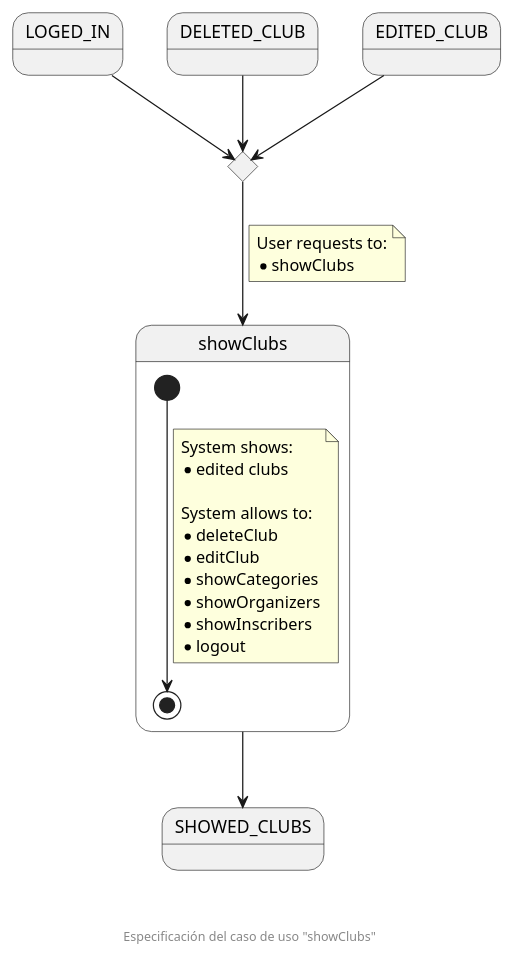
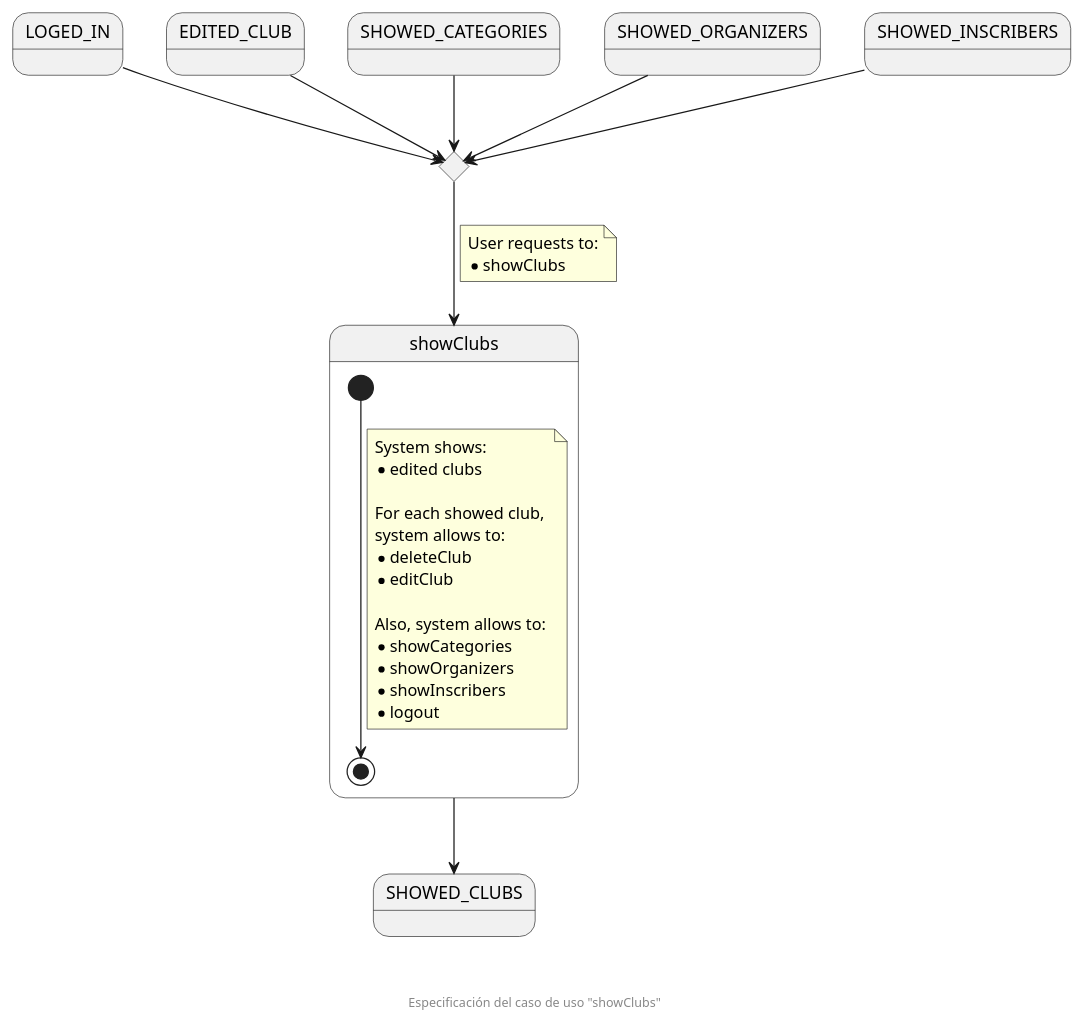
The diagram in documentation/diagrams/useCasesSpecification/organizationSecretary/04_showClubs.puml (zuldare/mastercloud_pfm_halterocms), drawn with PlantUML before and after one commit.

Commit message:
Fix showClubs use case specification

```diff
--- a/documentation/diagrams/useCasesSpecification/organizationSecretary/04_showClubs.puml
+++ b/documentation/diagrams/useCasesSpecification/organizationSecretary/04_showClubs.puml
@@ -1,36 +1,44 @@
 @startuml
 state LOGED_IN
-state DELETED_CLUB
 state EDITED_CLUB
+state SHOWED_CATEGORIES
+state SHOWED_ORGANIZERS
+state SHOWED_INSCRIBERS
 
 state enterShowClubsCHC <<choice>>
 
 state showClubs {
   [*] --> [*]
   note on link
     System shows:
     * edited clubs
 
-    System allows to:
+    For each showed club, 
+    system allows to:
     * deleteClub
     * editClub
+
+    Also, system allows to:
     * showCategories
     * showOrganizers
     * showInscribers
     * logout
   end note
 }
 state SHOWED_CLUBS
 
 LOGED_IN --> enterShowClubsCHC
-DELETED_CLUB --> enterShowClubsCHC
 EDITED_CLUB --> enterShowClubsCHC
+SHOWED_CATEGORIES --> enterShowClubsCHC
+SHOWED_ORGANIZERS --> enterShowClubsCHC
+SHOWED_INSCRIBERS --> enterShowClubsCHC
+
 enterShowClubsCHC --> showClubs
 note on link
   User requests to:
   * showClubs
 end note
 showClubs --> SHOWED_CLUBS
 
 footer \n\n\n Especificación del caso de uso "showClubs"
 @enduml
```
